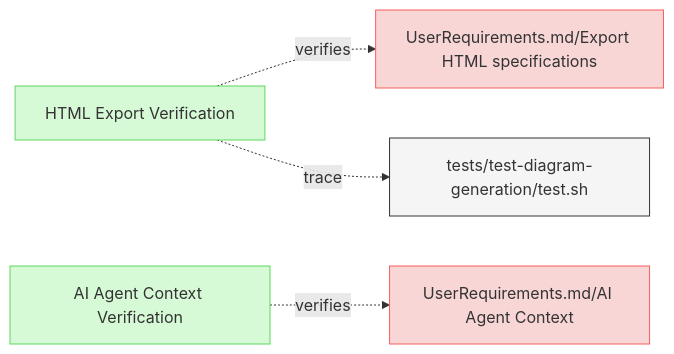
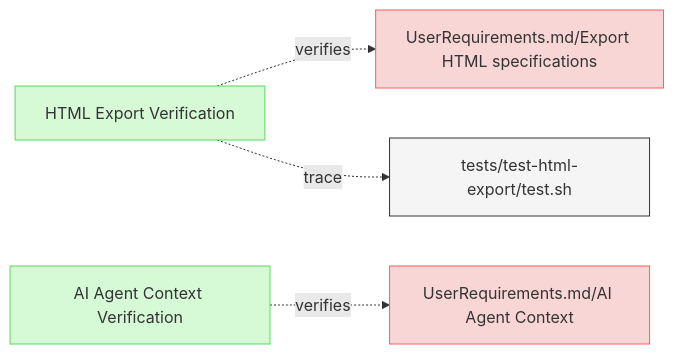
Before and after one commit to reqvire-org/reqvire: the diagram in specifications/Verifications/MiscVerifications.md, drawn with Mermaid. The commit also changed 7 other files, not shown here.

Commit message:
Html export test fixes

````diff
--- a/specifications/Verifications/MiscVerifications.md
+++ b/specifications/Verifications/MiscVerifications.md
@@ -6,28 +6,28 @@
 ```mermaid
 graph LR;
   %% Graph styling
   classDef requirement fill:#f9d6d6,stroke:#f55f5f,stroke-width:1px;
   classDef verification fill:#d6f9d6,stroke:#5fd75f,stroke-width:1px;
   classDef externalLink fill:#d0e0ff,stroke:#3080ff,stroke-width:1px;
   classDef default fill:#f5f5f5,stroke:#333333,stroke-width:1px;
 
   html_export_verification["HTML Export Verification"];
   click html_export_verification "MiscVerifications.md#html-export-verification";
   class html_export_verification verification;
   html_export_req["UserRequirements.md/Export HTML specifications"];
   class html_export_req requirement;
   click html_export_req "../UserRequirements.md#export-html-specifications";
   html_export_verification -.->|verifies| html_export_req;
-  html_export_test["tests/test-diagram-generation/test.sh"];
+  html_export_test["tests/test-html-export/test.sh"];
   class html_export_test default;
-  click html_export_test "../../tests/test-diagram-generation/test.sh";
+  click html_export_test "../../tests/test-html-export/test.sh";
   html_export_verification -.->|trace| html_export_test;
   
   ai_context_verification["AI Agent Context Verification"];
   click ai_context_verification "MiscVerifications.md#ai-agent-context-verification";
   class ai_context_verification verification;
   ai_context_req["UserRequirements.md/AI Agent Context"];
   class ai_context_req requirement;
   click ai_context_req "../UserRequirements.md#ai-agent-context";
   ai_context_verification -.->|verifies| ai_context_req;
 ```
````
